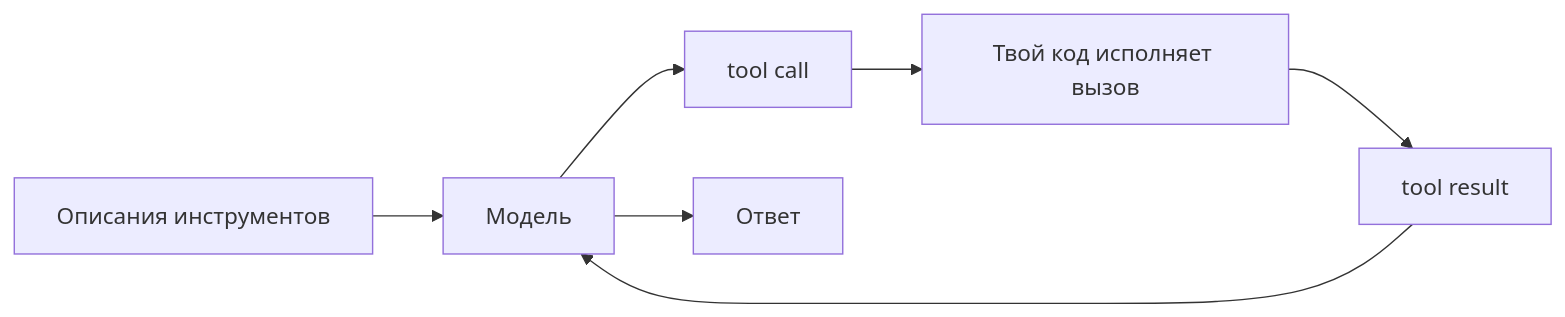
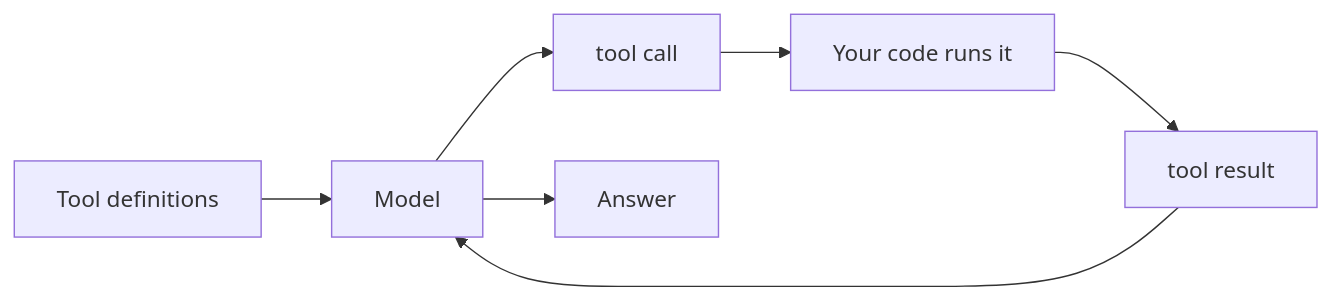
Before and after one commit to NikolaiSachok/enterprise-rag-agents-handbook: the diagram in docs/part-2-agents/real-agents.md, drawn with Mermaid. The commit also changed other lines of this file and 100 other files, not shown here.

````diff
--- a/docs/part-2-agents/real-agents.md
+++ b/docs/part-2-agents/real-agents.md
@@ -46,9 +41,9 @@
 ```mermaid
 flowchart LR
-    Defs["Описания инструментов"] --> M["Модель"]
+    Defs["Tool definitions"] --> M["Model"]
     M --> TC["tool call"]
-    TC --> X["Твой код исполняет вызов"]
+    TC --> X["Your code runs it"]
     X --> TR["tool result"]
     TR --> M
-    M --> Ans["Ответ"]
+    M --> Ans["Answer"]
 ```
````
